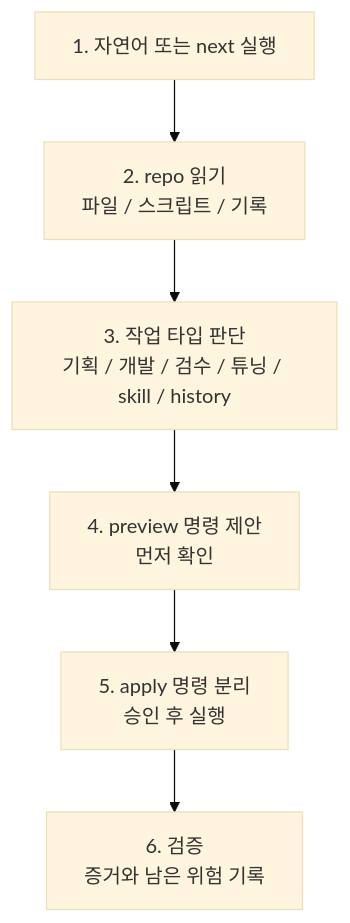
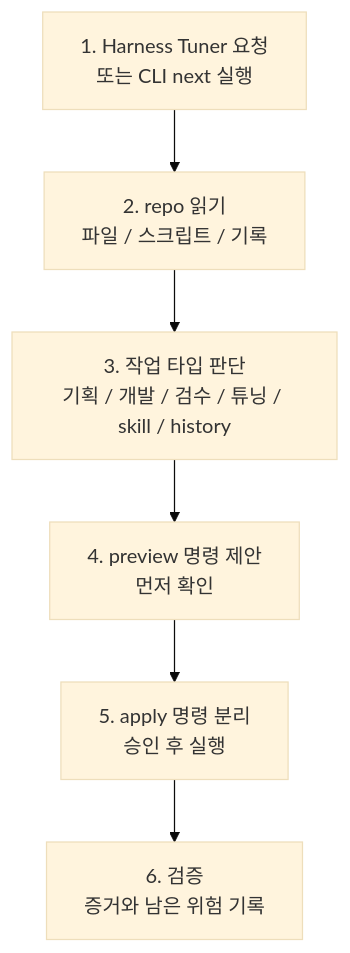
The diagram in README.md (youngtae7280/repo-harness-tuner), drawn with Mermaid (base theme) before and after one commit. The commit also changed other lines of this file and 7 other files, not shown here.

Commit message:
Make Harness Tuner chat entry safe

````diff
--- a/README.md
+++ b/README.md
@@ -69,8 +79,8 @@
 ```mermaid
 flowchart TD
-    A["1. 자연어 또는 next 실행"] --> B["2. repo 읽기<br/>파일 / 스크립트 / 기록"]
+    A["1. Harness Tuner 요청<br/>또는 CLI next 실행"] --> B["2. repo 읽기<br/>파일 / 스크립트 / 기록"]
     B --> C["3. 작업 타입 판단<br/>기획 / 개발 / 검수 / 튜닝 / skill / history"]
     C --> D["4. preview 명령 제안<br/>먼저 확인"]
     D --> E["5. apply 명령 분리<br/>승인 후 실행"]
     E --> F["6. 검증<br/>증거와 남은 위험 기록"]
 ```
````
